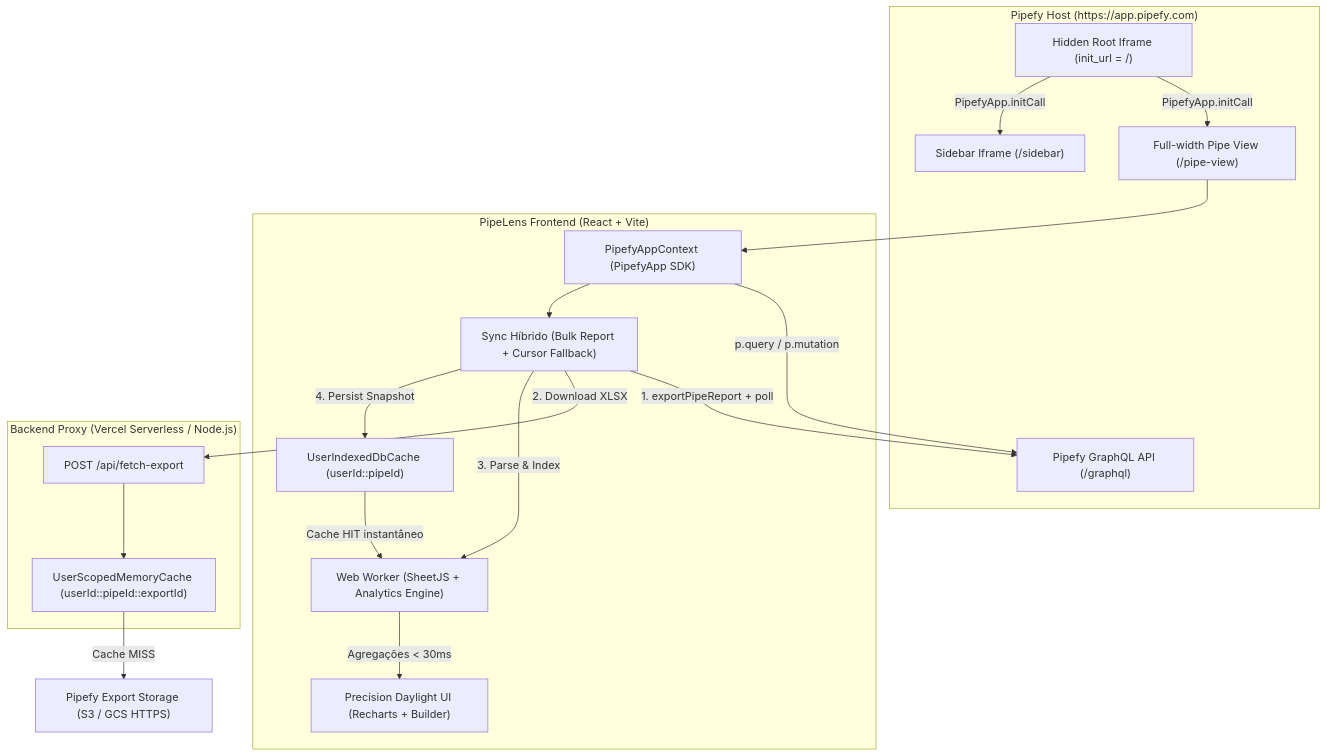
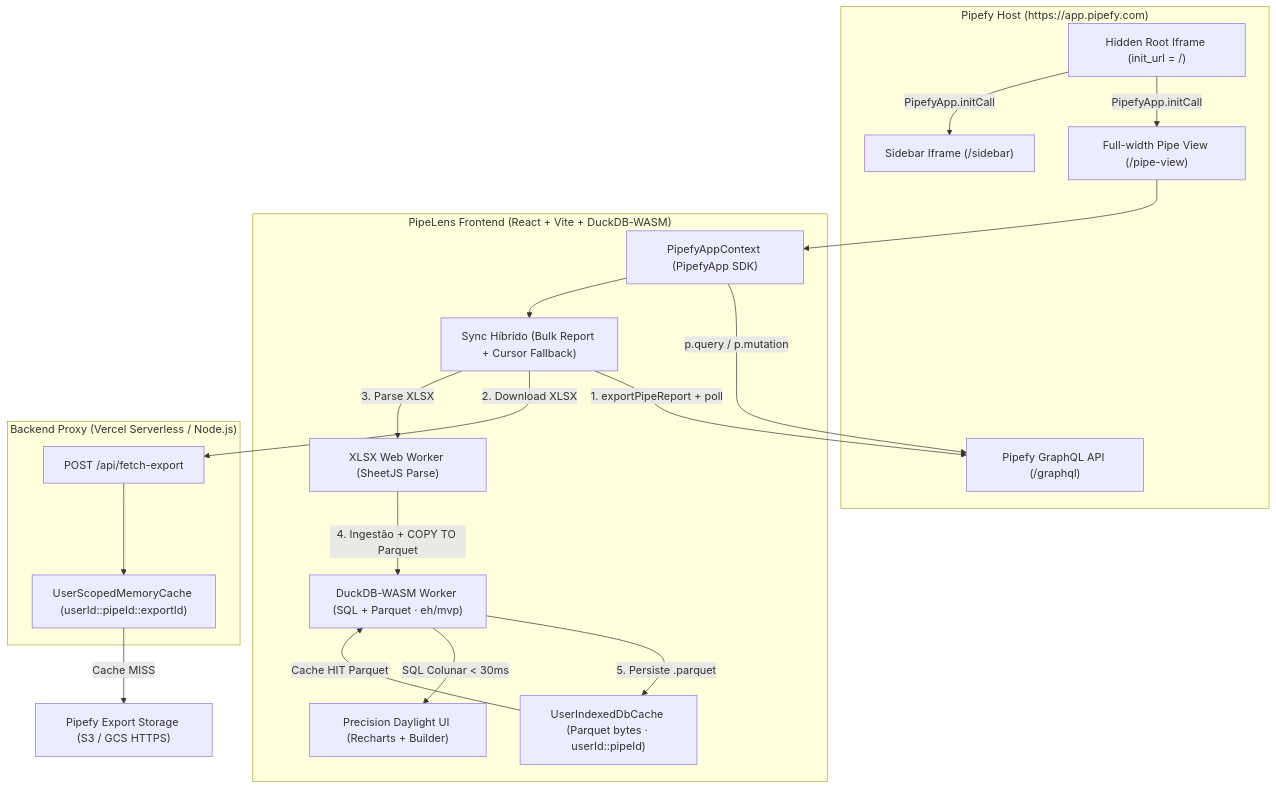
The first of 2 diagrams in docs/ARCHITECTURE.md (victoprincipe/pipefy-pipe-dashboard), drawn with Mermaid before and after one commit. The commit also changed other lines of this file and 28 other files, not shown here.

Commit message:
feat: migrate analytics engine and per-user cache to DuckDB-WASM and Parquet

````diff
--- a/docs/ARCHITECTURE.md
+++ b/docs/ARCHITECTURE.md
@@ -11,38 +11,40 @@
 ```mermaid
 flowchart TB
   subgraph PipefyHost["Pipefy Host (https://app.pipefy.com)"]
     RootFrame["Hidden Root Iframe (init_url = /)"]
     ViewFrame["Full-width Pipe View (/pipe-view)"]
     SideFrame["Sidebar Iframe (/sidebar)"]
     GQL["Pipefy GraphQL API (/graphql)"]
   end
 
-  subgraph AppClient["PipeLens Frontend (React + Vite)"]
+  subgraph AppClient["PipeLens Frontend (React + Vite + DuckDB-WASM)"]
     SDK["PipefyAppContext (PipefyApp SDK)"]
     Sync["Sync Híbrido (Bulk Report + Cursor Fallback)"]
-    IDB["UserIndexedDbCache (userId::pipeId)"]
-    Worker["Web Worker (SheetJS + Analytics Engine)"]
+    IDB["UserIndexedDbCache (Parquet bytes · userId::pipeId)"]
+    XLSXW["XLSX Web Worker (SheetJS Parse)"]
+    DuckDB["DuckDB-WASM Worker (SQL + Parquet · eh/mvp)"]
     UI["Precision Daylight UI (Recharts + Builder)"]
   end
 
   subgraph ProxyServer["Backend Proxy (Vercel Serverless / Node.js)"]
     Proxy["POST /api/fetch-export"]
     LRU["UserScopedMemoryCache (userId::pipeId::exportId)"]
   end
 
   S3["Pipefy Export Storage (S3 / GCS HTTPS)"]
 
   RootFrame -->|PipefyApp.initCall| ViewFrame
   RootFrame -->|PipefyApp.initCall| SideFrame
   ViewFrame --> SDK
   SDK -->|p.query / p.mutation| GQL
   SDK --> Sync
   Sync -->|1. exportPipeReport + poll| GQL
   Sync -->|2. Download XLSX| Proxy
   Proxy --> LRU
   LRU -->|Cache MISS| S3
-  Sync -->|3. Parse & Index| Worker
-  Sync -->|4. Persist Snapshot| IDB
-  IDB -->|Cache HIT instantâneo| Worker
-  Worker -->|Agregações < 30ms| UI
+  Sync -->|3. Parse XLSX| XLSXW
+  XLSXW -->|4. Ingestão + COPY TO Parquet| DuckDB
+  DuckDB -->|5. Persiste .parquet| IDB
+  IDB -->|Cache HIT Parquet| DuckDB
+  DuckDB -->|SQL Colunar < 30ms| UI
 ```
````
